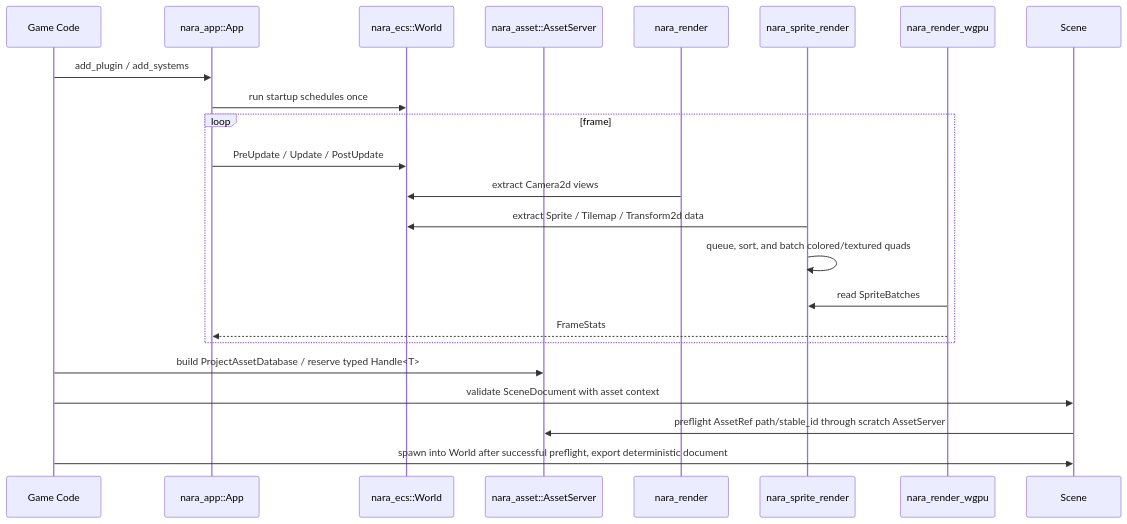
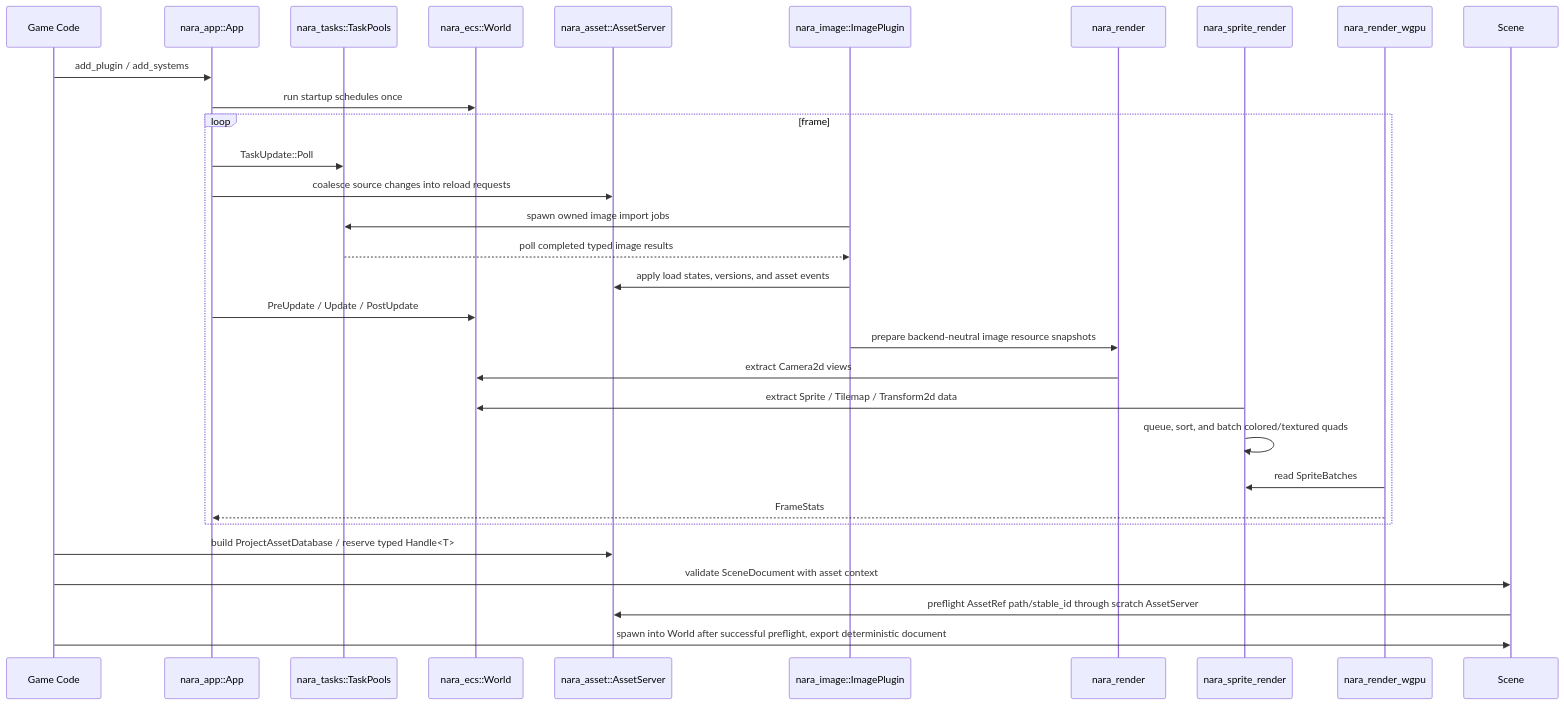
Before and after one commit to Latias94/nara: the second of 2 diagrams in docs/architecture/nara-foundation.md, drawn with Mermaid. The commit also changed other lines of this file and 15 other files, not shown here.

Commit message:
fix(asset): harden async reload foundation

````diff
--- a/docs/architecture/nara-foundation.md
+++ b/docs/architecture/nara-foundation.md
@@ -92,25 +98,33 @@
 ```mermaid
 sequenceDiagram
     participant Game as Game Code
     participant App as nara_app::App
+    participant Tasks as nara_tasks::TaskPools
     participant ECS as nara_ecs::World
     participant Asset as nara_asset::AssetServer
+    participant Image as nara_image::ImagePlugin
     participant Render as nara_render
     participant SpriteRender as nara_sprite_render
     participant Wgpu as nara_render_wgpu
 
     Game->>App: add_plugin / add_systems
     App->>ECS: run startup schedules once
     loop frame
+        App->>Tasks: TaskUpdate::Poll
+        App->>Asset: coalesce source changes into reload requests
+        Image->>Tasks: spawn owned image import jobs
+        Tasks-->>Image: poll completed typed image results
+        Image->>Asset: apply load states, versions, and asset events
         App->>ECS: PreUpdate / Update / PostUpdate
+        Image->>Render: prepare backend-neutral image resource snapshots
         Render->>ECS: extract Camera2d views
         SpriteRender->>ECS: extract Sprite / Tilemap / Transform2d data
         SpriteRender->>SpriteRender: queue, sort, and batch colored/textured quads
         Wgpu->>SpriteRender: read SpriteBatches
         Wgpu-->>App: FrameStats
     end
     Game->>Asset: build ProjectAssetDatabase / reserve typed Handle<T>
     Game->>Scene: validate SceneDocument with asset context
     Scene->>Asset: preflight AssetRef path/stable_id through scratch AssetServer
     Game->>Scene: spawn into World after successful preflight, export deterministic document
 ```
````
